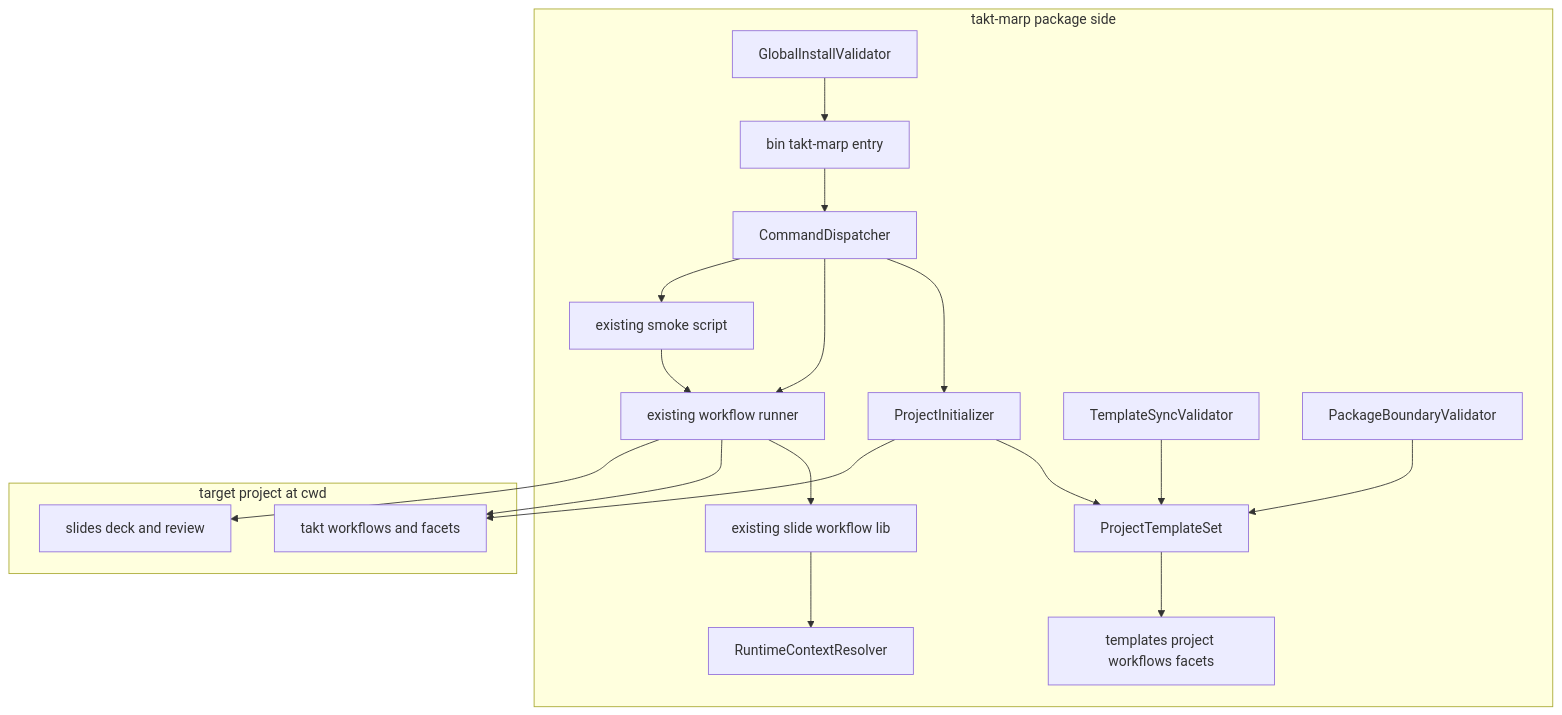
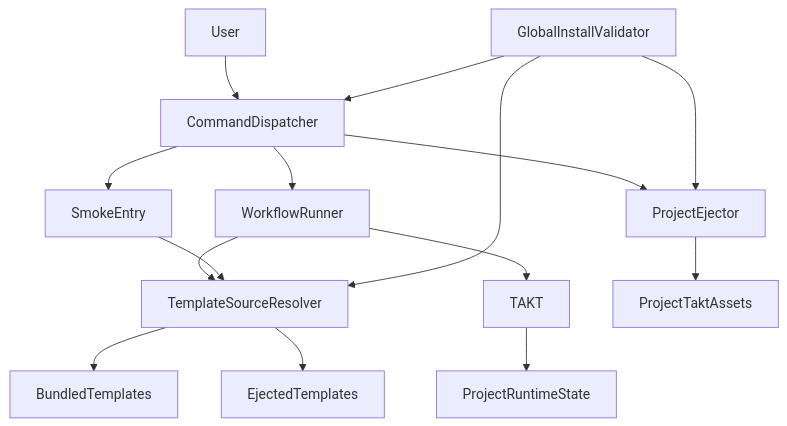
One commit to j5ik2o/takt-marp changed the first of 5 diagrams in .kiro/specs/takt-marp-global-installer/design.md. Above: the diagram before and after it, drawn with Mermaid. The commit also changed other lines of this file and 5 other files, not shown here.

Commit message:
chore(takt-marp-global-installer): refresh eject-only implementation spec

````diff
--- a/.kiro/specs/takt-marp-global-installer/design.md
+++ b/.kiro/specs/takt-marp-global-installer/design.md
@@ -83,36 +92,17 @@
 ```mermaid
 graph TB
-    subgraph TaktMarpPackage[takt-marp package side]
-        Bin[bin takt-marp entry]
-        Cli[CommandDispatcher]
-        Init[ProjectInitializer]
-        Tpl[ProjectTemplateSet]
-        Ctx[RuntimeContextResolver]
-        Runner[existing workflow runner]
-        SmokeScript[existing smoke script]
-        Lib[existing slide workflow lib]
-        TplAssets[templates project workflows facets]
-        SyncV[TemplateSyncValidator]
-        PkgV[PackageBoundaryValidator]
-        GlobalV[GlobalInstallValidator]
-    end
-    subgraph TargetProject[target project at cwd]
-        TaktAssets[takt workflows and facets]
-        Decks[slides deck and review]
-    end
-    Bin --> Cli
-    Cli --> Init
-    Cli --> Runner
-    Cli --> SmokeScript
-    Init --> Tpl
-    Tpl --> TplAssets
-    SyncV --> Tpl
-    PkgV --> Tpl
-    GlobalV --> Bin
-    Runner --> Lib
-    SmokeScript --> Runner
-    Lib --> Ctx
-    Init --> TaktAssets
-    Runner --> TaktAssets
-    Runner --> Decks
+    User[User] --> Cli[CommandDispatcher]
+    Cli --> Runner[WorkflowRunner]
+    Cli --> Ejector[ProjectEjector]
+    Cli --> Smoke[SmokeEntry]
+    Runner --> Source[TemplateSourceResolver]
+    Smoke --> Source
+    Source --> Bundled[BundledTemplates]
+    Source --> Ejected[EjectedTemplates]
+    Runner --> Takt[TAKT]
+    Takt --> Reports[ProjectRuntimeState]
+    Ejector --> ProjectFiles[ProjectTaktAssets]
+    Validator[GlobalInstallValidator] --> Cli
+    Validator --> Source
+    Validator --> Ejector
 ```
````
